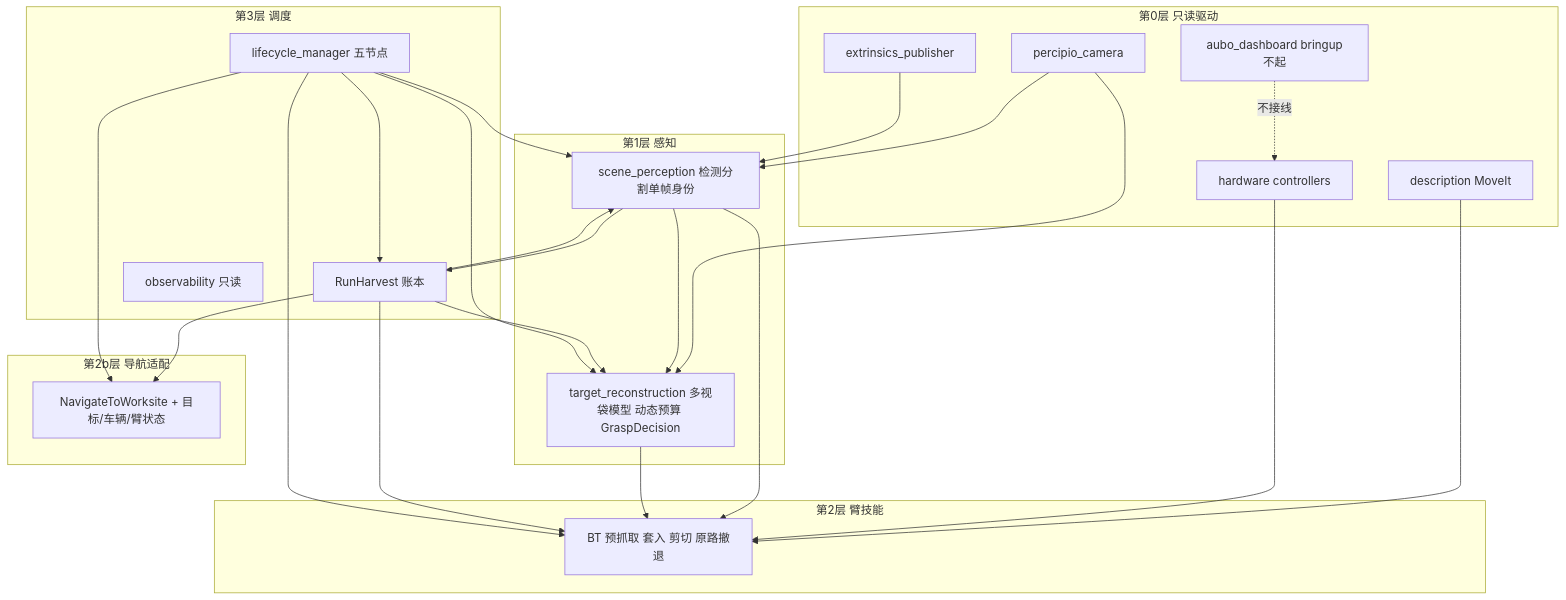
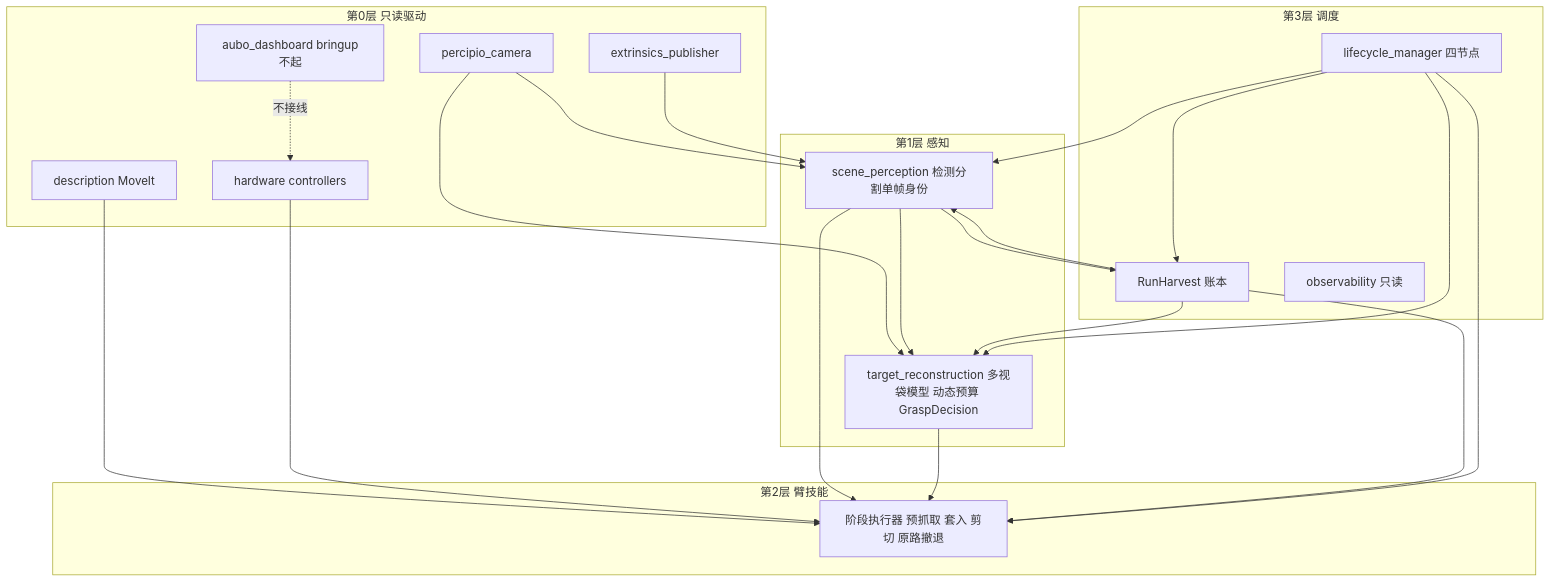
The fifth of 13 diagrams in docs/architecture.md (MUHAN11-c/aubo_boot), drawn with Mermaid before and after one commit. The commit also changed other lines of this file and 240 other files, not shown here.

````diff
--- a/docs/architecture.md
+++ b/docs/architecture.md
@@ -80,44 +207,39 @@
 ```mermaid
 flowchart TB
   subgraph L0 ["第0层 只读驱动"]
     cam["percipio_camera"]
     hw["hardware controllers"]
     desc["description MoveIt"]
     eye["extrinsics_publisher"]
     dash["aubo_dashboard bringup不起"]
   end
   subgraph L1 ["第1层 感知"]
     scene["scene_perception 检测分割单帧身份"]
     recon["target_reconstruction 多视袋模型 动态预算 GraspDecision"]
   end
   subgraph L2 ["第2层 臂技能"]
-    skill["BT 预抓取 套入 剪切 原路撤退"]
-  end
-  subgraph L2b ["第2b层 导航适配"]
-    navn["NavigateToWorksite + 目标/车辆/臂状态"]
+    skill["阶段执行器 预抓取 套入 剪切 原路撤退"]
   end
   subgraph L3 ["第3层 调度"]
     exe["RunHarvest 账本"]
-    lcm["lifecycle_manager 五节点"]
+    lcm["lifecycle_manager 四节点"]
     obs["observability 只读"]
   end
   cam --> scene
   cam --> recon
   desc --> skill
   eye --> scene
   hw --> skill
   scene --> recon
   scene --> skill
   recon --> skill
   scene --> exe
   exe --> skill
   exe --> recon
   exe --> scene
-  exe --> navn
   lcm --> scene
   lcm --> recon
   lcm --> skill
-  lcm --> navn
   lcm --> exe
   dash -.->|"不接线"| hw
 ```
````
